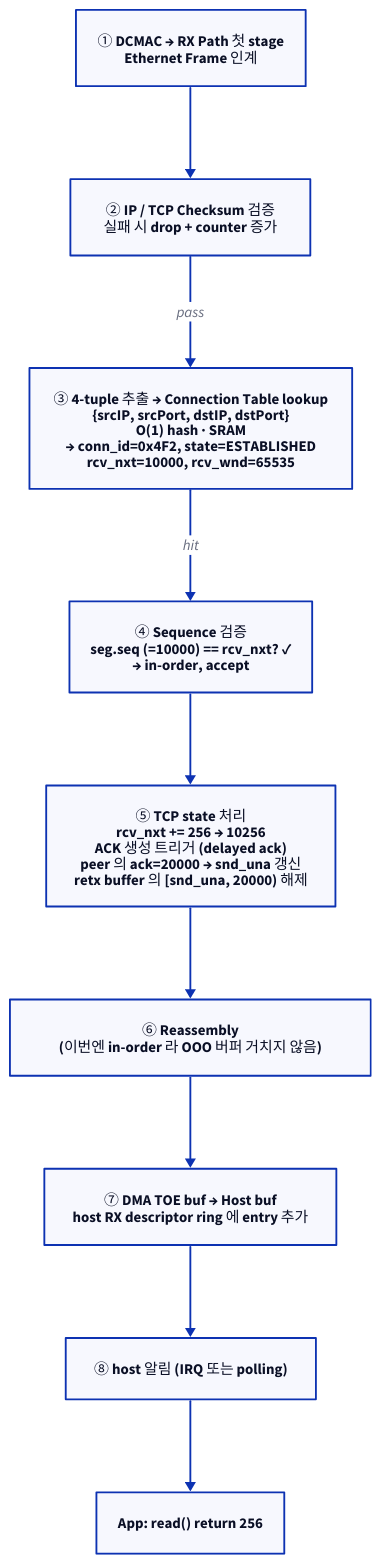
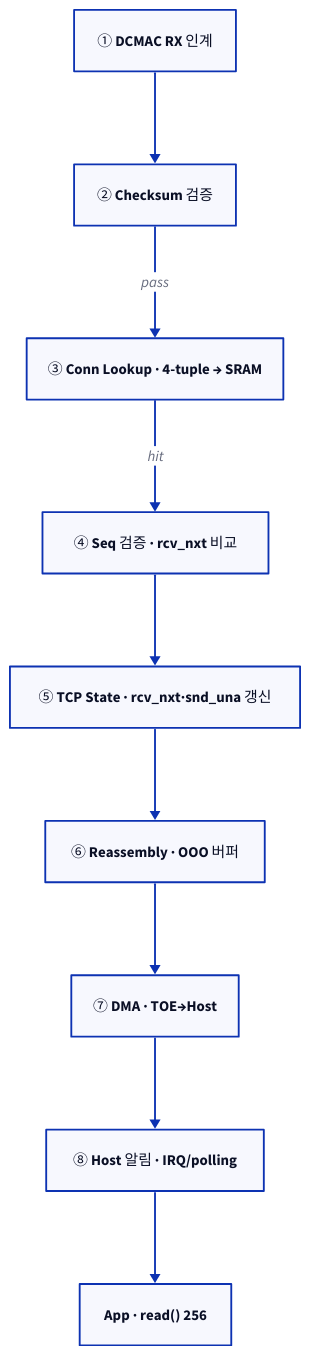
The second of 9 diagrams in topics/toe/docs/02_toe_architecture.md (humbleowl39/DV_SKOOL), drawn with D2 before and after one commit. The commit also changed other lines of this file and 90 other files, not shown here.

First line of the commit message:
docs: 전 토픽 다이어그램 정비 — ASCII→D2, mermaid→D2, 과대 D2 가시성 수정

````diff
--- a/topics/toe/docs/02_toe_architecture.md
+++ b/topics/toe/docs/02_toe_architecture.md
@@ -103,21 +103,21 @@
 ```d2
 direction: down
 
-S1: "① DCMAC → RX Path 첫 stage\nEthernet Frame 인계"
-S2: "② IP / TCP Checksum 검증\n실패 시 drop + counter 증가"
-S3: "③ 4-tuple 추출 → Connection Table lookup\n{srcIP, srcPort, dstIP, dstPort}\nO(1) hash · SRAM\n→ conn_id=0x4F2, state=ESTABLISHED\nrcv_nxt=10000, rcv_wnd=65535"
-S4: "④ Sequence 검증\nseg.seq (=10000) == rcv_nxt? ✓\n→ in-order, accept"
-S5: "⑤ TCP state 처리\nrcv_nxt += 256 → 10256\nACK 생성 트리거 (delayed ack)\npeer 의 ack=20000 → snd_una 갱신\nretx buffer 의 [snd_una, 20000) 해제"
-S6: "⑥ Reassembly\n(이번엔 in-order 라 OOO 버퍼 거치지 않음)"
-S7: "⑦ DMA TOE buf → Host buf\nhost RX descriptor ring 에 entry 추가"
-S8: "⑧ host 알림 (IRQ 또는 polling)"
-APP: "App: read() return 256"
+S1: "① DCMAC RX 인계"
+S2: "② Checksum 검증"
+S3: "③ Conn Lookup · 4-tuple → SRAM"
+S4: "④ Seq 검증 · rcv_nxt 비교"
+S5: "⑤ TCP State · rcv_nxt·snd_una 갱신"
+S6: "⑥ Reassembly · OOO 버퍼"
+S7: "⑦ DMA · TOE→Host"
+S8: "⑧ Host 알림 · IRQ/polling"
+APP: "App · read() 256"
 S1 -> S2
 S2 -> S3: "pass"
 S3 -> S4: "hit"
 S4 -> S5
 S5 -> S6
 S6 -> S7
 S7 -> S8
 S8 -> APP
 ```
````
